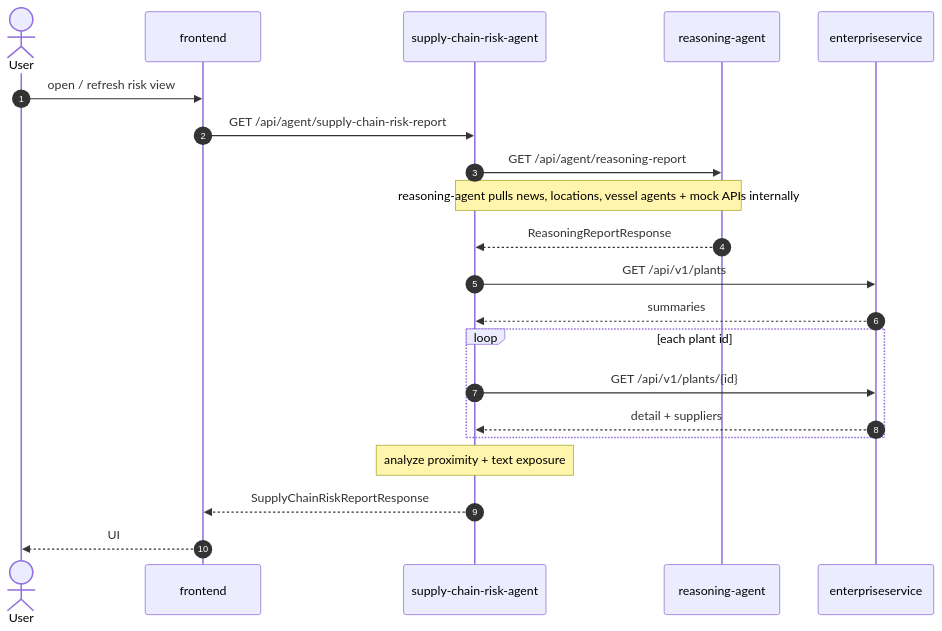
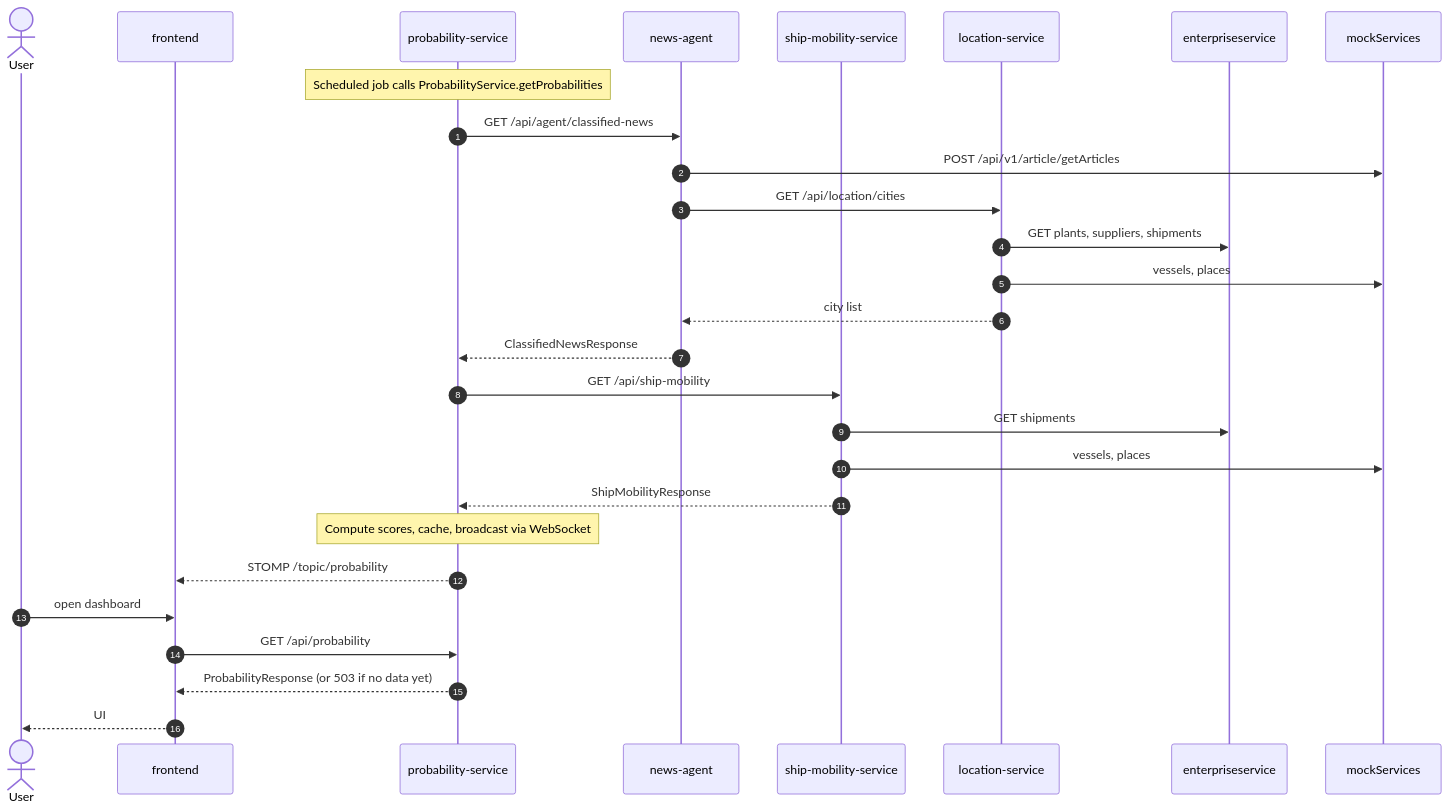
The fifth of 5 diagrams in README.md (balajimurugesan2016/CursorHackathon), drawn with Mermaid before and after one commit. The commit also changed other lines of this file and 1 other file, not shown here.

First line of the commit message:
docs: update README and agents documentation for service architecture and startup order

````diff
--- a/README.md
+++ b/README.md
@@ -186,24 +224,34 @@
 ```mermaid
 sequenceDiagram
   autonumber
   actor User
   participant FE as frontend
-  participant SCR as supply-chain-risk-agent
-  participant RA as reasoning-agent
+  participant PROB as probability-service
+  participant NA as news-agent
+  participant SM as ship-mobility-service
+  participant LS as location-service
   participant ENT as enterpriseservice
+  participant MOCK as mockServices
 
-  User->>FE: open / refresh risk view
-  FE->>SCR: GET /api/agent/supply-chain-risk-report
-  SCR->>RA: GET /api/agent/reasoning-report
-  Note over SCR, RA: reasoning-agent pulls news, locations, vessel agents + mock APIs internally
-  RA-->>SCR: ReasoningReportResponse
-  SCR->>ENT: GET /api/v1/plants
-  ENT-->>SCR: summaries
-  loop each plant id
-    SCR->>ENT: GET /api/v1/plants/{id}
-    ENT-->>SCR: detail + suppliers
-  end
-  Note over SCR: analyze proximity + text exposure
-  SCR-->>FE: SupplyChainRiskReportResponse
+  Note over PROB: Scheduled job calls ProbabilityService.getProbabilities
+  PROB->>NA: GET /api/agent/classified-news
+  NA->>MOCK: POST /api/v1/article/getArticles
+  NA->>LS: GET /api/location/cities
+  LS->>ENT: GET plants, suppliers, shipments
+  LS->>MOCK: vessels, places
+  LS-->>NA: city list
+  NA-->>PROB: ClassifiedNewsResponse
+
+  PROB->>SM: GET /api/ship-mobility
+  SM->>ENT: GET shipments
+  SM->>MOCK: vessels, places
+  SM-->>PROB: ShipMobilityResponse
+
+  Note over PROB: Compute scores, cache, broadcast via WebSocket
+  PROB-->>FE: STOMP /topic/probability
+
+  User->>FE: open dashboard
+  FE->>PROB: GET /api/probability
+  PROB-->>FE: ProbabilityResponse (or 503 if no data yet)
   FE-->>User: UI
 ```
````
